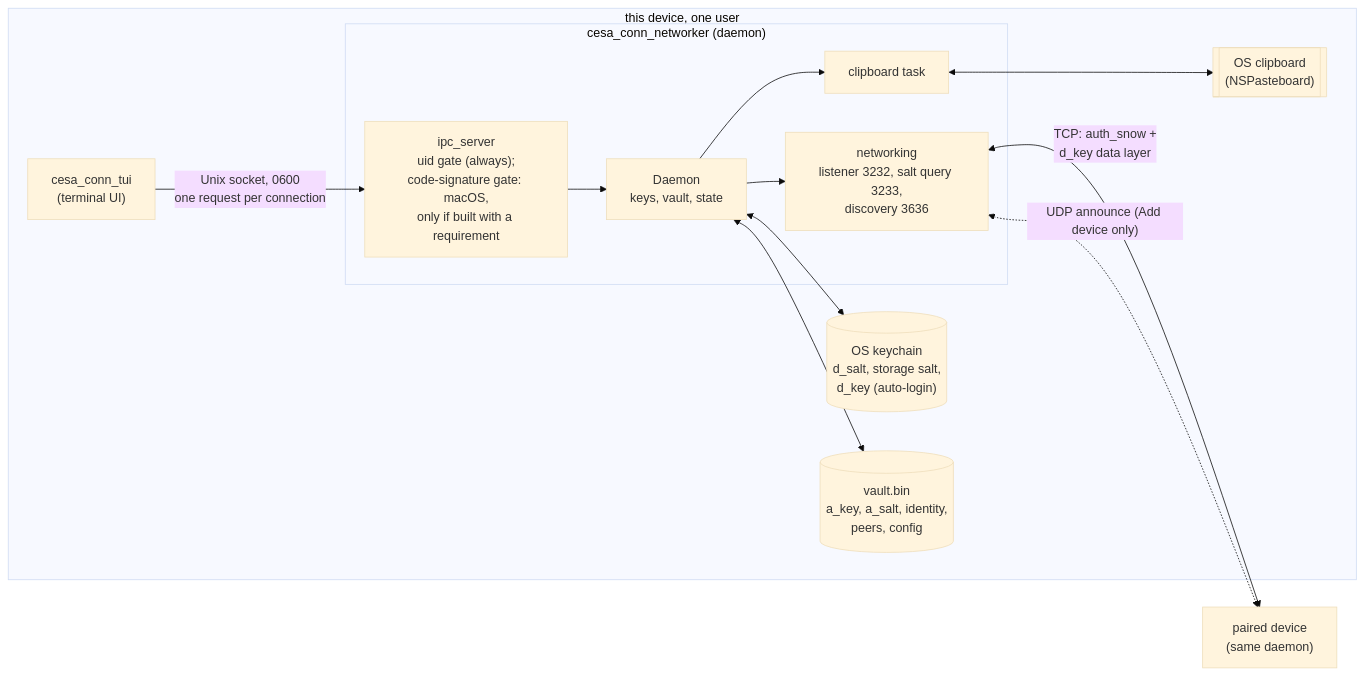
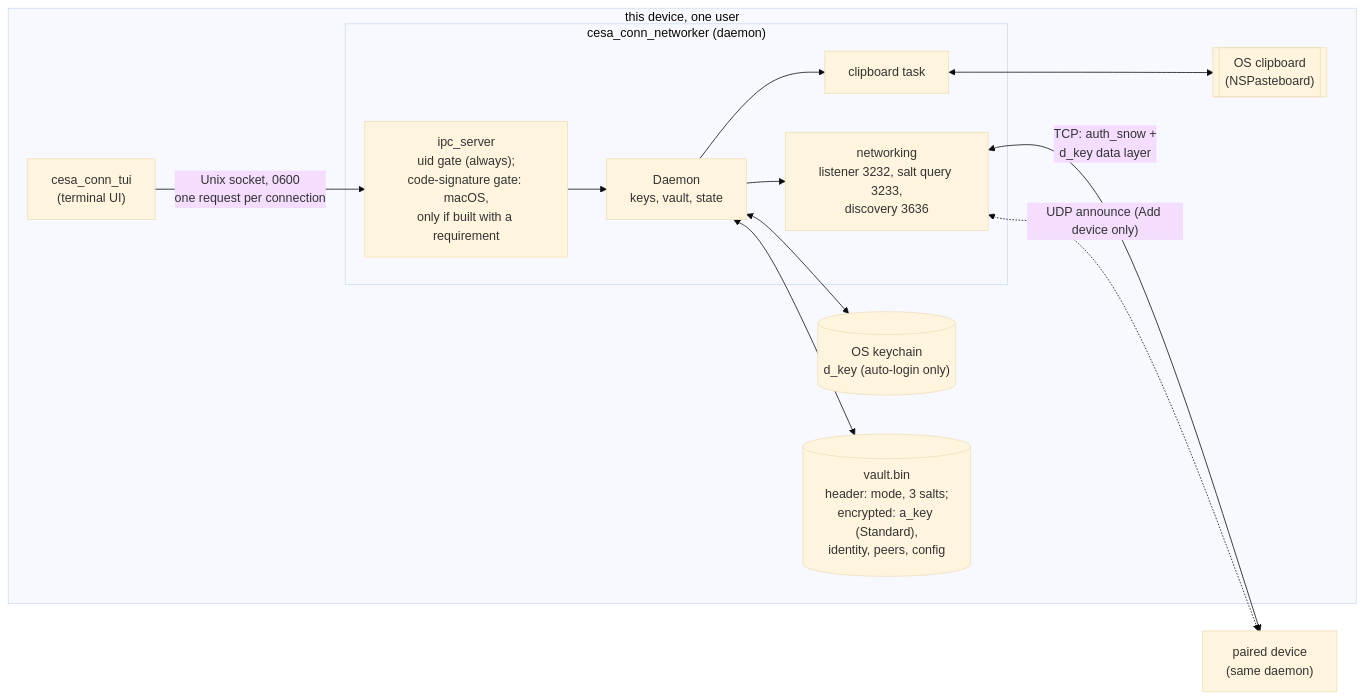
One commit to czarekkdev/cesaconn changed the first of 3 diagrams in docs/diagrams/architecture.md. Above: the diagram before and after it, drawn with Mermaid (base theme). The commit also changed 6 other files, not shown here.

First line of the commit message:
docs(daemon, diagrams, readme): own vault salts and Enhanced security

````diff
--- a/docs/diagrams/architecture.md
+++ b/docs/diagrams/architecture.md
@@ -6,26 +6,26 @@
 ```mermaid
 flowchart LR
     subgraph user["this device, one user"]
         tui["cesa_conn_tui<br/>(terminal UI)"]
         subgraph daemon["cesa_conn_networker (daemon)"]
             ipc["ipc_server<br/>uid gate (always);<br/>code-signature gate: macOS,<br/>only if built with a requirement"]
             core["Daemon<br/>keys, vault, state"]
             net["networking<br/>listener 3232, salt query 3233,<br/>discovery 3636"]
             clip["clipboard task"]
         end
-        os_kc[("OS keychain<br/>d_salt, storage salt,<br/>d_key (auto-login)")]
-        vault[("vault.bin<br/>a_key, a_salt, identity,<br/>peers, config")]
+        os_kc[("OS keychain<br/>d_key (auto-login only)")]
+        vault[("vault.bin<br/>header: mode, 3 salts;<br/>encrypted: a_key (Standard),<br/>identity, peers, config")]
         pb[["OS clipboard<br/>(NSPasteboard)"]]
     end
     peer["paired device<br/>(same daemon)"]
 
     tui -- "Unix socket, 0600<br/>one request per connection" --> ipc
     ipc --> core
     core --> net
     core --> clip
     core <--> os_kc
     core <--> vault
     clip <--> pb
     net <-- "TCP: auth_snow +<br/>d_key data layer" --> peer
     net <-. "UDP announce (Add device only)" .-> peer
 ```
````
